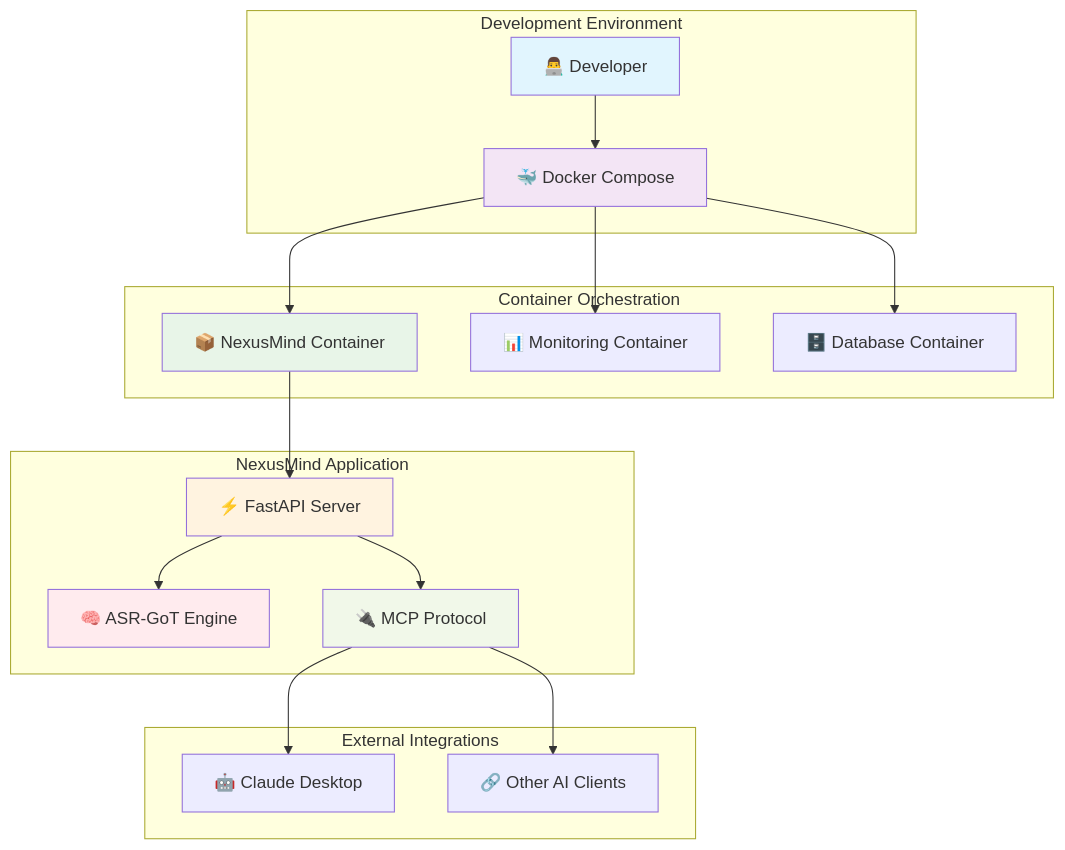
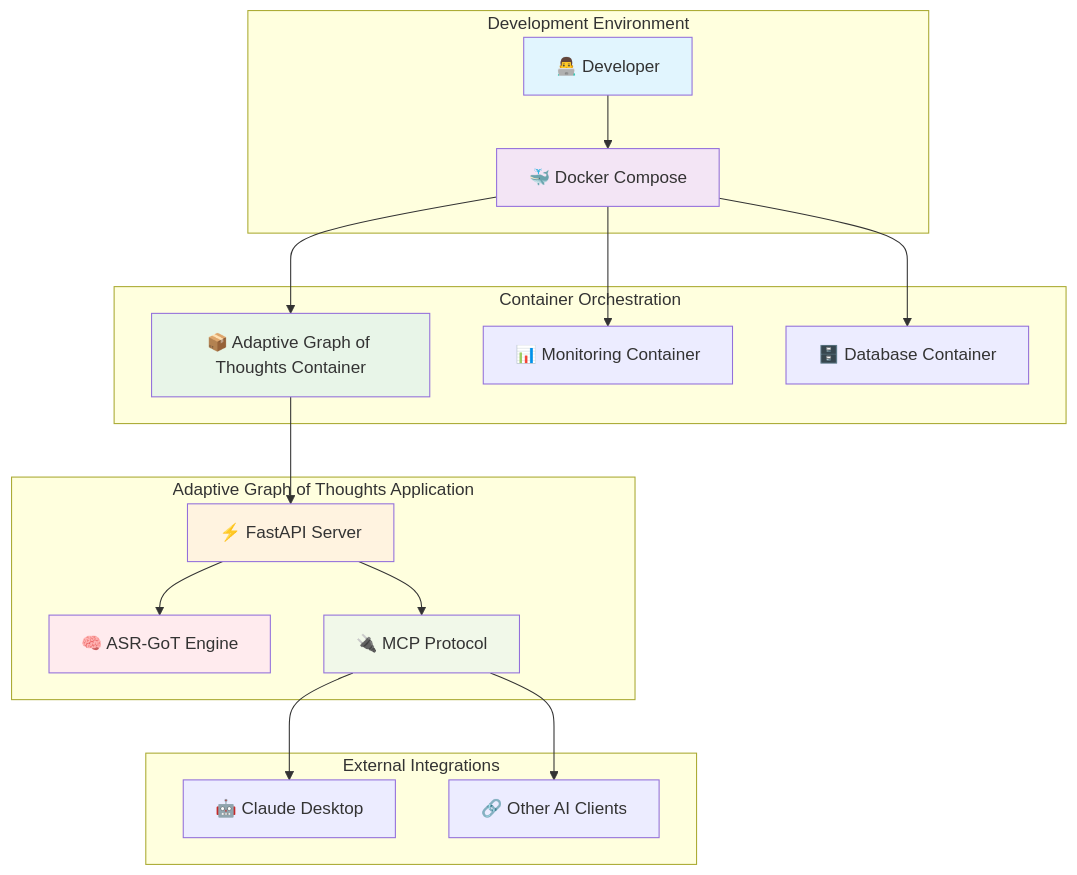
One commit to SaptaDey/Adaptive-Graph-of-Thoughts-MCP-server changed the diagram in README.md. Above: the diagram before and after it, drawn with Mermaid. The commit also changed other lines of this file and 105 other files, not shown here.

````diff
--- a/README.md
+++ b/README.md
@@ -146,30 +146,30 @@
 ```mermaid
 graph TB
     subgraph "Development Environment"
         A[👨‍💻 Developer] --> B[🐳 Docker Compose]
     end
     
     subgraph "Container Orchestration"
-        B --> C[📦 NexusMind Container]
+        B --> C[📦 Adaptive Graph of Thoughts Container]
         B --> D[📊 Monitoring Container]
         B --> E[🗄️ Database Container]
     end
     
-    subgraph "NexusMind Application"
+    subgraph "Adaptive Graph of Thoughts Application"
         C --> F[⚡ FastAPI Server]
         F --> G[🧠 ASR-GoT Engine]
         F --> H[🔌 MCP Protocol]
     end
     
     subgraph "External Integrations"
         H --> I[🤖 Claude Desktop]
         H --> J[🔗 Other AI Clients]
     end
     
     style A fill:#e1f5fe
     style B fill:#f3e5f5
     style C fill:#e8f5e8
     style F fill:#fff3e0
     style G fill:#ffebee
     style H fill:#f1f8e9
 ```
````
